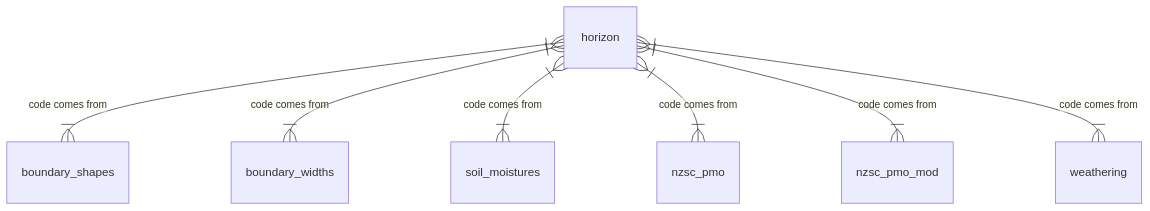
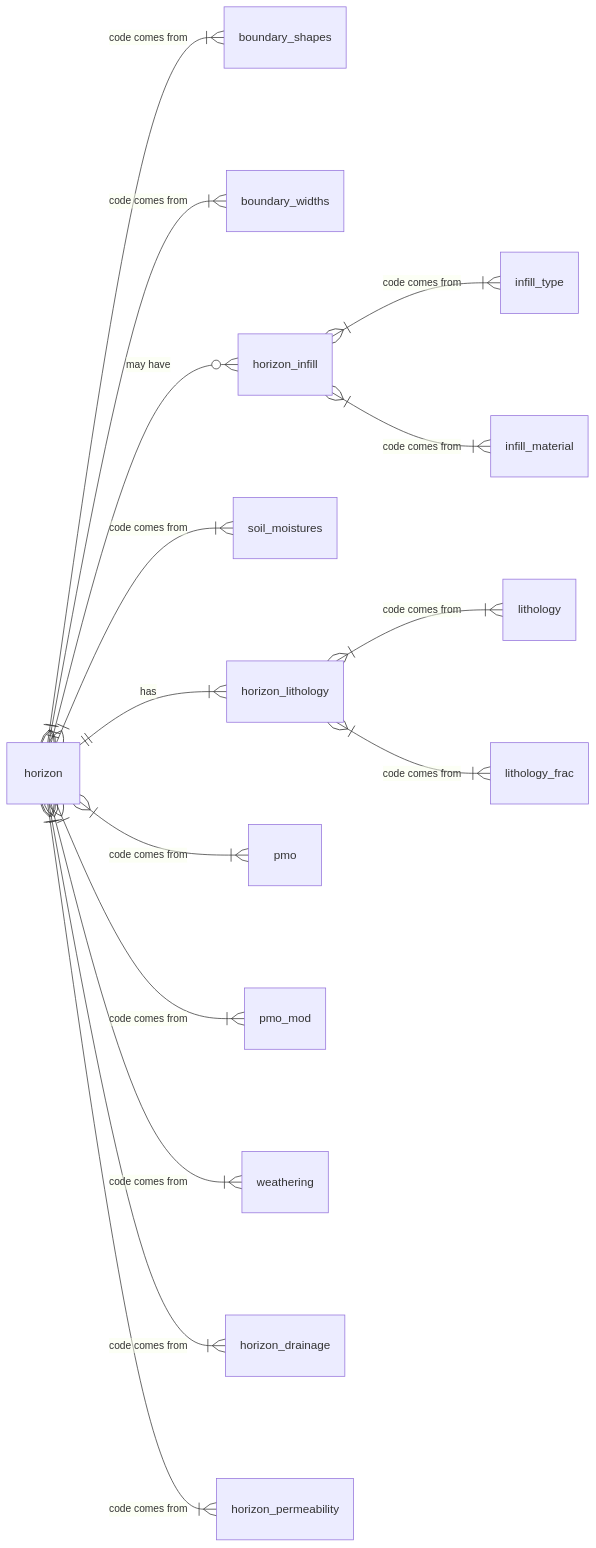
One commit to manaakiwhenua/NZ_soildesc_2024 changed the eighth of 27 diagrams in ap_03_database_design.qmd. Above: the diagram before and after it, drawn with Mermaid. The commit also changed other lines of this file, not shown here.

````diff
--- a/ap_03_database_design.qmd
+++ b/ap_03_database_design.qmd
@@ -657,14 +663,22 @@
 ```{mermaid}
 %%| label: fig-mhorizono
 %%| fig-cap: "Horizon - Overview"
 
-%%{ init: { 'er': { 'layoutDirection': 'LR' } } }%%
 erDiagram
+  direction LR
   horizon }|--|{ boundary_shapes : "code comes from"
   horizon }|--|{ boundary_widths : "code comes from"
+  horizon ||--o{ horizon_infill : "may have"
+  horizon_infill }|--|{ infill_type : "code comes from"
+  horizon_infill }|--|{ infill_material : "code comes from"
   horizon }|--|{ soil_moistures : "code comes from"
-  horizon }|--|{ nzsc_pmo : "code comes from"
-  horizon }|--|{ nzsc_pmo_mod : "code comes from"
+  horizon ||--|{ horizon_lithology : "has"
+  horizon_lithology }|--|{ lithology : "code comes from"
+  horizon_lithology }|--|{ lithology_frac : "code comes from"
+  horizon }|--|{ pmo : "code comes from"
+  horizon }|--|{ pmo_mod : "code comes from"
   horizon }|--|{ weathering : "code comes from"
+  horizon }|--|{ horizon_drainage : "code comes from"
+  horizon }|--|{ horizon_permeability : "code comes from"
 
 ```
````
